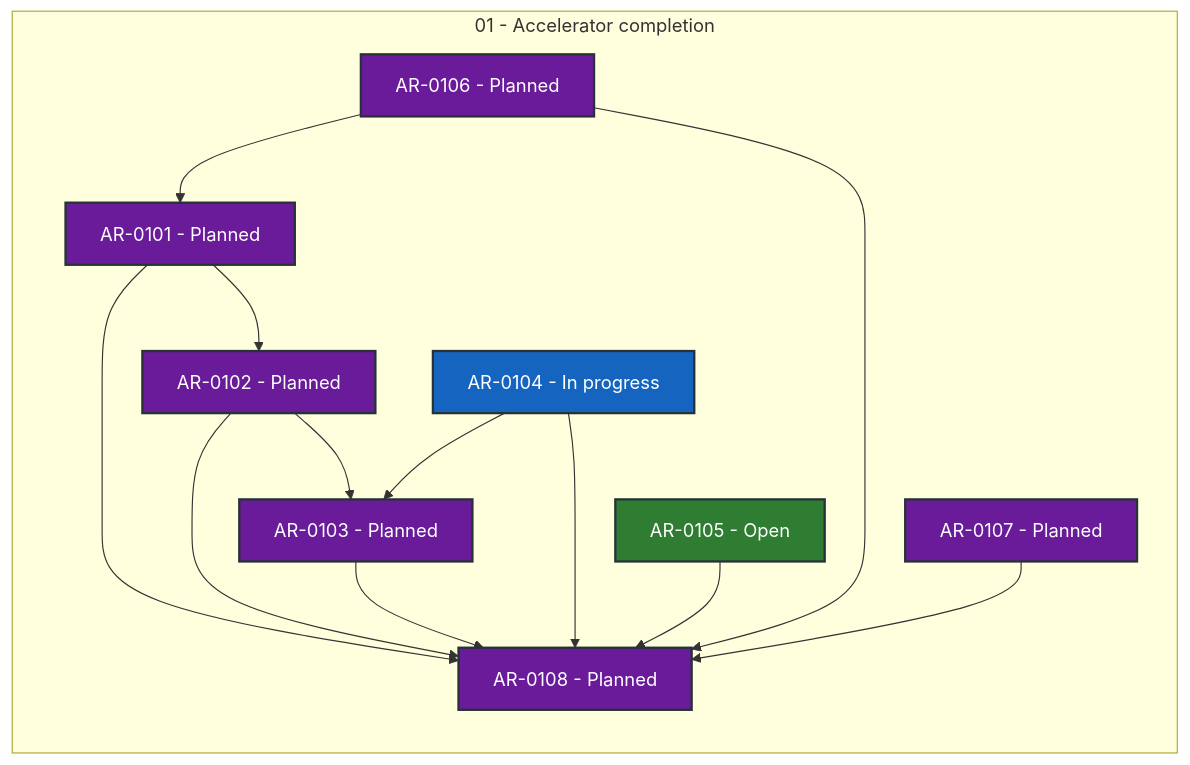
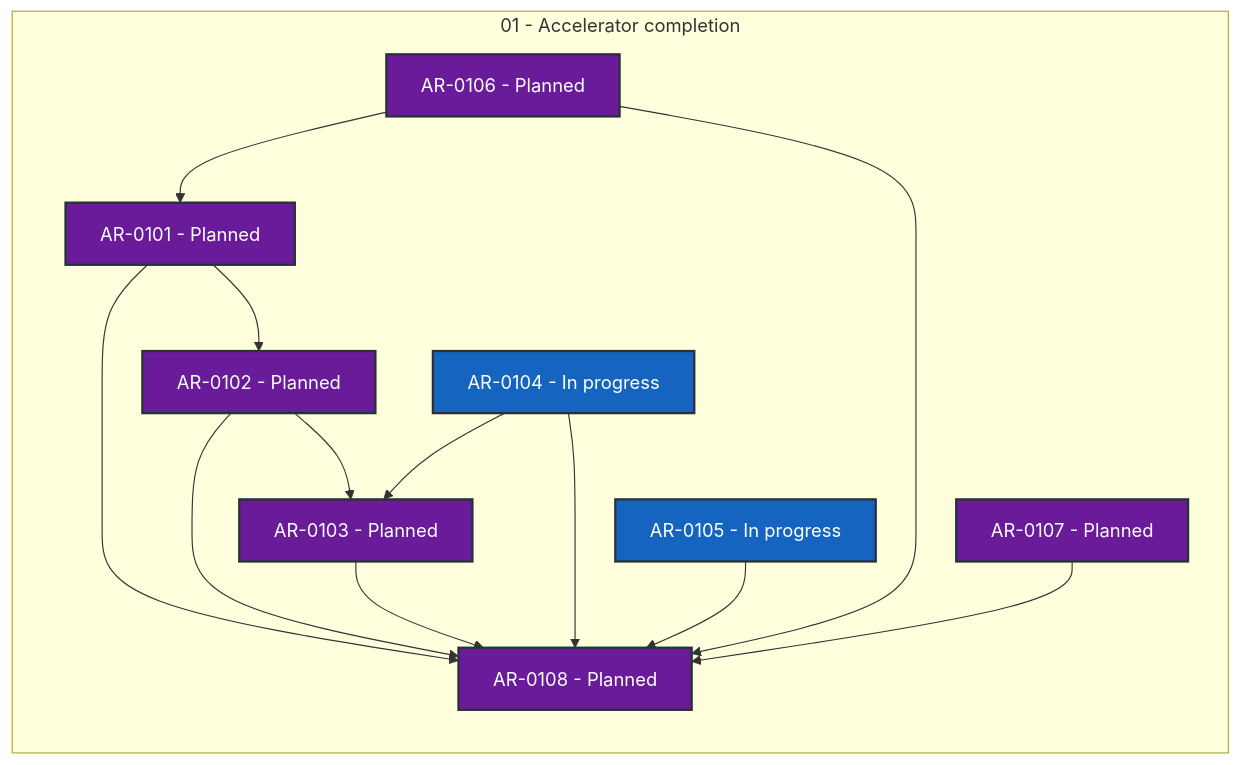
The diagram in coordination/STATUS.md (locutus3009/exgame), drawn with Mermaid before and after one commit. The commit also changed other lines of this file and 2 other files, not shown here.

````diff
--- a/coordination/STATUS.md
+++ b/coordination/STATUS.md
@@ -28,34 +28,34 @@
 ```mermaid
 flowchart LR
     subgraph series_01["01 - Accelerator completion"]
         direction TB
         AR_0101["AR-0101 - Planned"]:::status_planned
         AR_0102["AR-0102 - Planned"]:::status_planned
         AR_0103["AR-0103 - Planned"]:::status_planned
         AR_0104["AR-0104 - In progress"]:::status_in_progress
-        AR_0105["AR-0105 - Open"]:::status_open
+        AR_0105["AR-0105 - In progress"]:::status_in_progress
         AR_0106["AR-0106 - Planned"]:::status_planned
         AR_0107["AR-0107 - Planned"]:::status_planned
         AR_0108["AR-0108 - Planned"]:::status_planned
     end
     AR_0101 --> AR_0102
     AR_0101 --> AR_0108
     AR_0102 --> AR_0103
     AR_0102 --> AR_0108
     AR_0103 --> AR_0108
     AR_0104 --> AR_0103
     AR_0104 --> AR_0108
     AR_0105 --> AR_0108
     AR_0106 --> AR_0101
     AR_0106 --> AR_0108
     AR_0107 --> AR_0108
     classDef status_in_progress fill:#1565c0,color:#ffffff,stroke:#263238,stroke-width:2px
     classDef status_in_review fill:#ad1457,color:#ffffff,stroke:#263238,stroke-width:2px
     classDef status_open fill:#2e7d32,color:#ffffff,stroke:#263238,stroke-width:2px
     classDef status_blocked fill:#c62828,color:#ffffff,stroke:#263238,stroke-width:2px
     classDef status_planned fill:#6a1b9a,color:#ffffff,stroke:#263238,stroke-width:2px
     classDef status_future fill:#455a64,color:#ffffff,stroke:#263238,stroke-width:2px
     classDef status_done fill:#00695c,color:#ffffff,stroke:#263238,stroke-width:2px
     classDef status_cancelled fill:#616161,color:#ffffff,stroke:#263238,stroke-width:2px
     classDef status_superseded fill:#5d4037,color:#ffffff,stroke:#263238,stroke-width:2px
 ```
````
